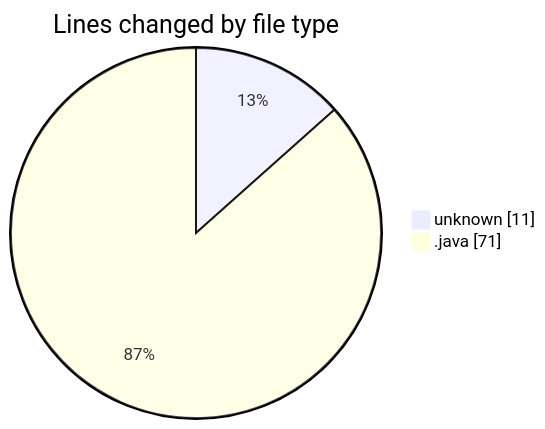
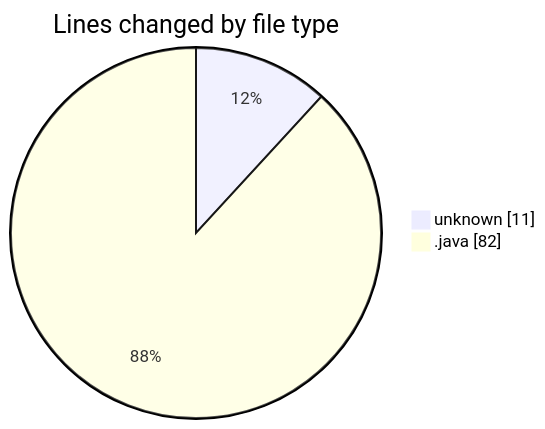
Before and after one commit to hasnaa123/code-tracking: the first of 2 diagrams in 2026-04-12/chatserver/README.md, drawn with Mermaid. The commit also changed other lines of this file and 1 other file, not shown here.

````diff
--- a/2026-04-12/chatserver/README.md
+++ b/2026-04-12/chatserver/README.md
@@ -22,6 +23,6 @@
 ```mermaid
 pie showData
 title Lines changed by file type
 "unknown" : 11
-".java" : 71
+".java" : 82
 ```
````
